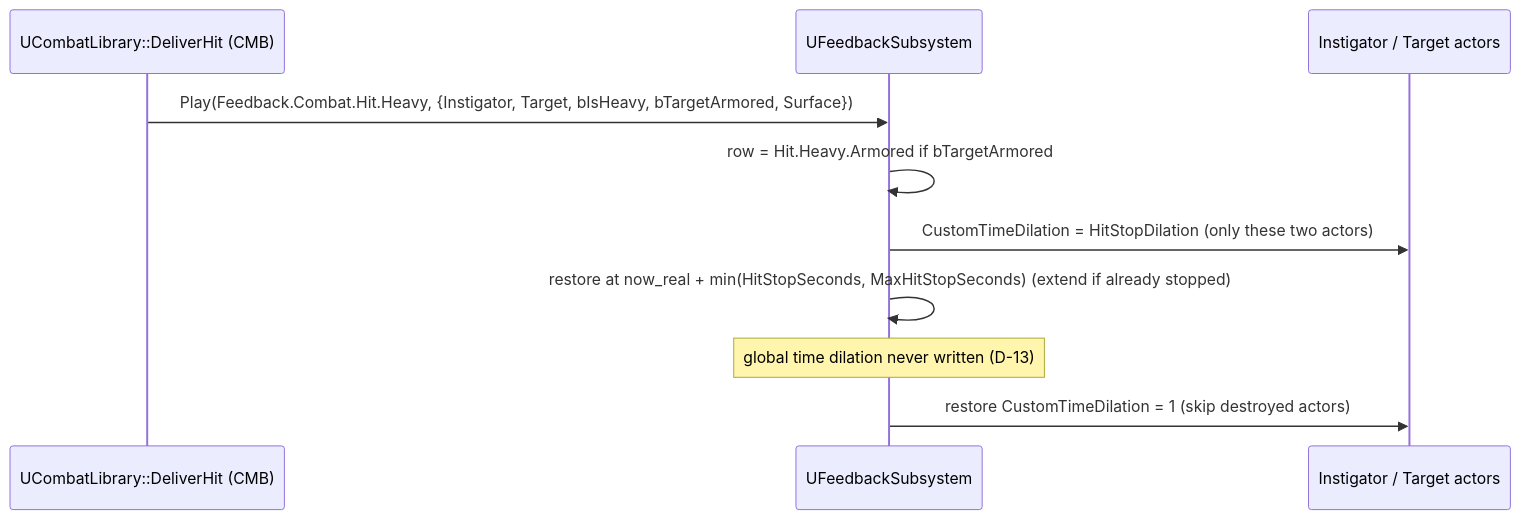
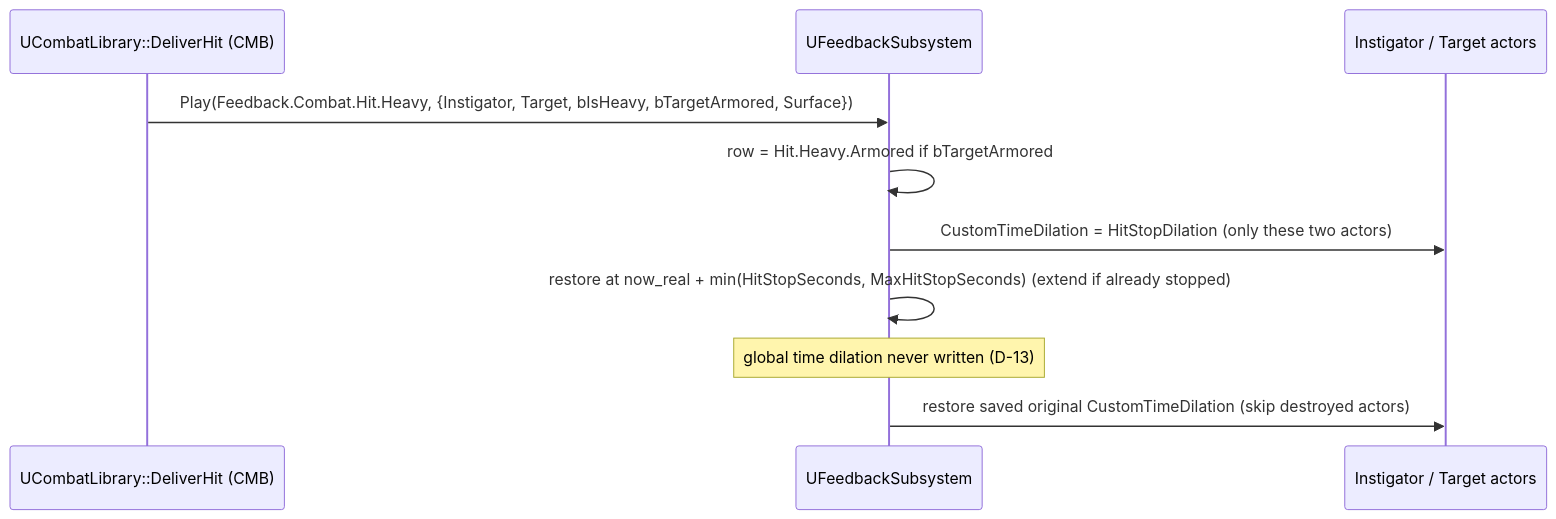
The second of 3 diagrams in ai/game/13-hud-feedback/technical-plan.md (caodinhminhnhat230199/castle_defender), drawn with Mermaid before and after one commit. The commit also changed other lines of this file and 13 other files, not shown here.

````diff
--- a/ai/game/13-hud-feedback/technical-plan.md
+++ b/ai/game/13-hud-feedback/technical-plan.md
@@ -167,12 +167,12 @@
 ```mermaid
 sequenceDiagram
   participant CL as UCombatLibrary::DeliverHit (CMB)
   participant FS as UFeedbackSubsystem
   participant A as Instigator / Target actors
   CL->>FS: Play(Feedback.Combat.Hit.Heavy, {Instigator, Target, bIsHeavy, bTargetArmored, Surface})
   FS->>FS: row = Hit.Heavy.Armored if bTargetArmored
   FS->>A: CustomTimeDilation = HitStopDilation (only these two actors)
   FS->>FS: restore at now_real + min(HitStopSeconds, MaxHitStopSeconds) (extend if already stopped)
   Note over FS: global time dilation never written (D-13)
-  FS->>A: restore CustomTimeDilation = 1 (skip destroyed actors)
+  FS->>A: restore saved original CustomTimeDilation (skip destroyed actors)
 ```
````
